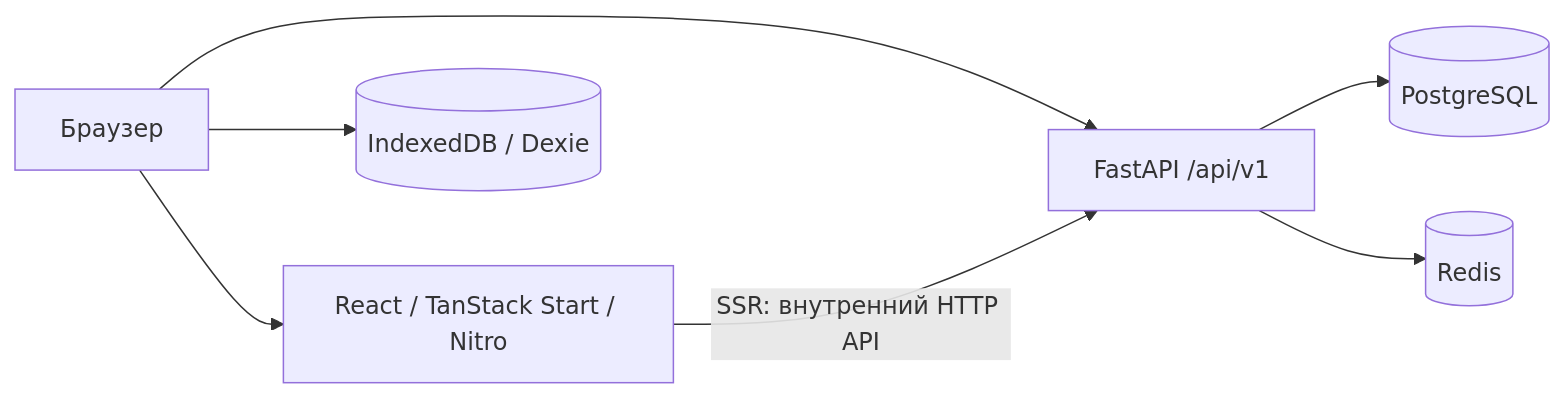
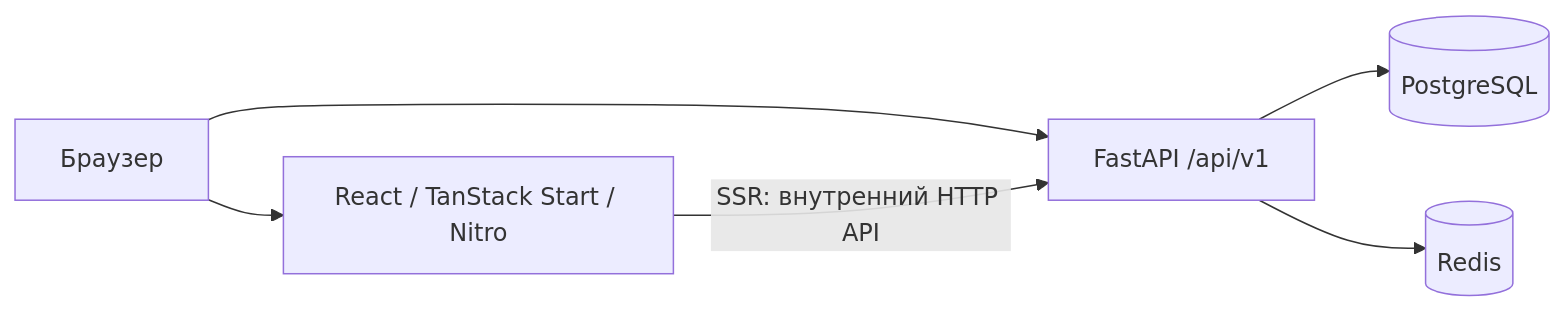
One commit to guitar-riff-pe/pe changed the diagram in README.md. Above: the diagram before and after it, drawn with Mermaid. The commit also changed other lines of this file and 4 other files, not shown here.

````diff
--- a/README.md
+++ b/README.md
@@ -105,9 +103,8 @@
 ```mermaid
 flowchart LR
     browser[Браузер] --> frontend[React / TanStack Start / Nitro]
     browser --> api[FastAPI /api/v1]
     frontend -->|SSR: внутренний HTTP API| api
-    browser --> indexeddb[(IndexedDB / Dexie)]
     api --> postgres[(PostgreSQL)]
     api --> redis[(Redis)]
 ```
````
